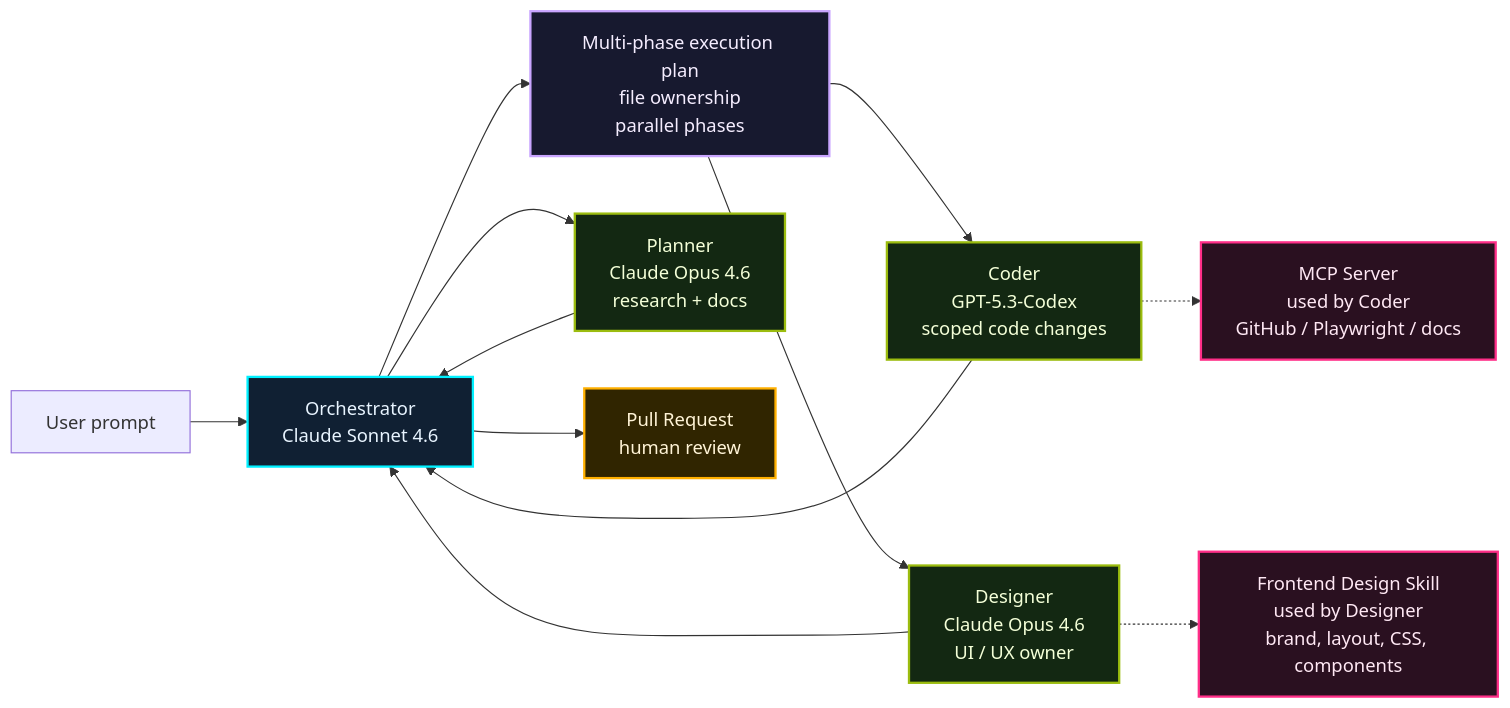
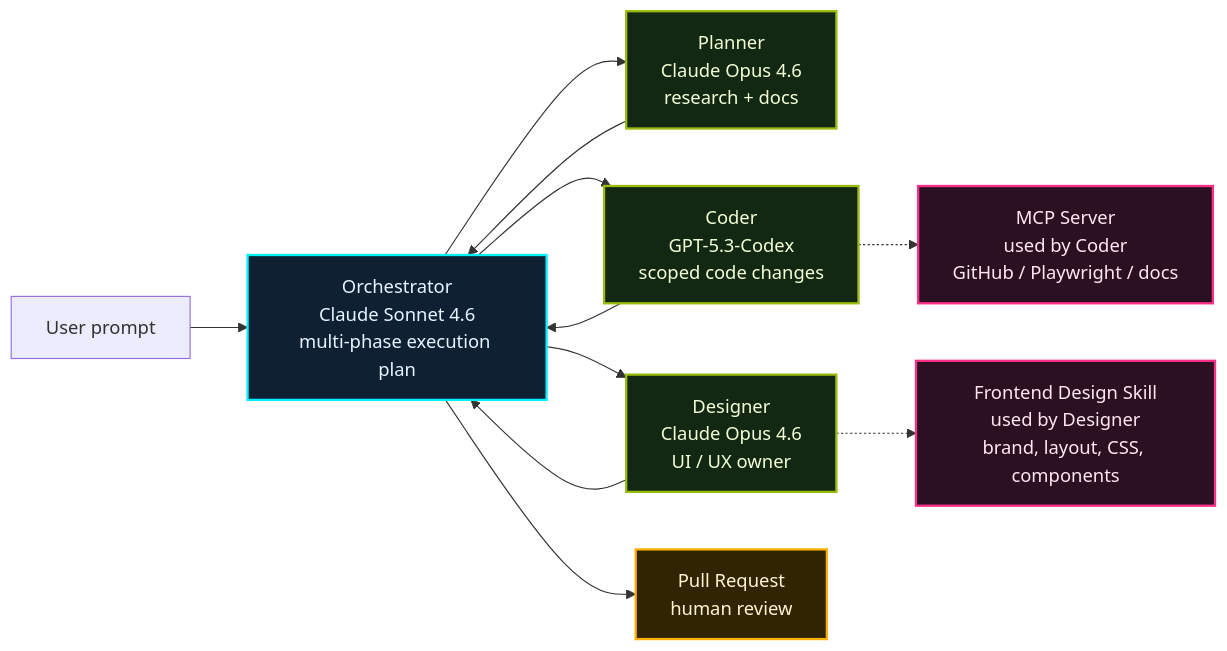
One commit to theomonfort/theomonfort changed the diagram in src/content/glossary/harness-engineering.md. Above: the diagram before and after it, drawn with Mermaid.

Commit message:
Fold execution plan into orchestrator node

````diff
--- a/src/content/glossary/harness-engineering.md
+++ b/src/content/glossary/harness-engineering.md
@@ -95,28 +95,25 @@
 ```mermaid
 flowchart LR
-  User[User prompt] --> O[Orchestrator<br/>Claude Sonnet 4.6]
+  User[User prompt] --> O[Orchestrator<br/>Claude Sonnet 4.6<br/>multi-phase execution plan]
 
-  O --> Plan[Multi-phase execution plan<br/>file ownership<br/>parallel phases]
   O --> P[Planner<br/>Claude Opus 4.6<br/>research + docs]
-  Plan --> C[Coder<br/>GPT-5.3-Codex<br/>scoped code changes]
-  Plan --> D[Designer<br/>Claude Opus 4.6<br/>UI / UX owner]
+  O --> C[Coder<br/>GPT-5.3-Codex<br/>scoped code changes]
+  O --> D[Designer<br/>Claude Opus 4.6<br/>UI / UX owner]
 
   D -.-> S[Frontend Design Skill<br/>used by Designer<br/>brand, layout, CSS, components]
   C -.-> M[MCP Server<br/>used by Coder<br/>GitHub / Playwright / docs]
 
   P --> O
   C --> O
   D --> O
   O --> R[Pull Request<br/>human review]
 
   classDef host fill:#102033,stroke:#00f0ff,color:#e8f4ff,stroke-width:2px;
-  classDef plan fill:#17192f,stroke:#c9a5ff,color:#f5edff,stroke-width:2px;
   classDef agent fill:#132812,stroke:#9bbc0f,color:#f4ffd8,stroke-width:2px;
   classDef harness fill:#2a1020,stroke:#ff2e88,color:#ffe8f4,stroke-width:2px;
   classDef ship fill:#302500,stroke:#ffb000,color:#fff4d6,stroke-width:2px;
   class O host;
-  class Plan plan;
   class P,C,D agent;
   class S,M harness;
   class R ship;
 ```
````
